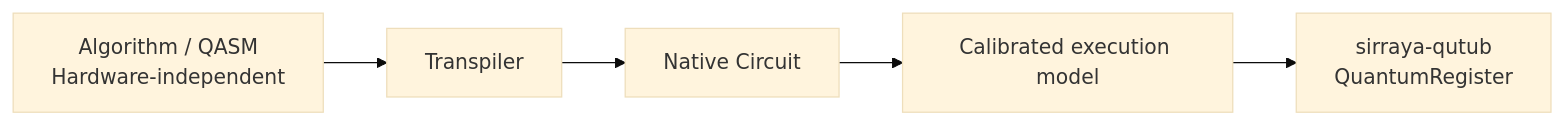
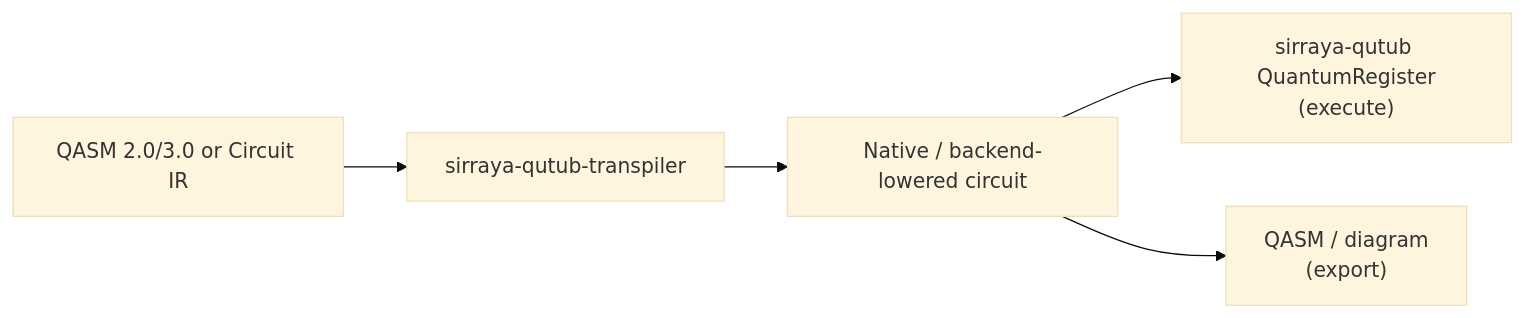
Before and after one commit to sirraya-labs/QuTub-Transpiler: the first of 2 diagrams in README.md, drawn with Mermaid (base theme). The commit also changed other lines of this file and 13 other files, not shown here.

````diff
--- a/README.md
+++ b/README.md
@@ -55,7 +10,7 @@
 ```mermaid
 flowchart LR
-    A["Algorithm / QASM<br/>Hardware-independent"] --> B["Transpiler"]
-    B --> C["Native Circuit"]
-    C --> D["Calibrated execution model"]
-    D --> E["sirraya-qutub<br/>QuantumRegister"]
+    A["QASM 2.0/3.0 or Circuit IR"] --> B["sirraya-qutub-transpiler"]
+    B --> C["Native / backend-lowered circuit"]
+    C --> D["sirraya-qutub QuantumRegister<br/>(execute)"]
+    C --> E["QASM / diagram<br/>(export)"]
 ```
````
